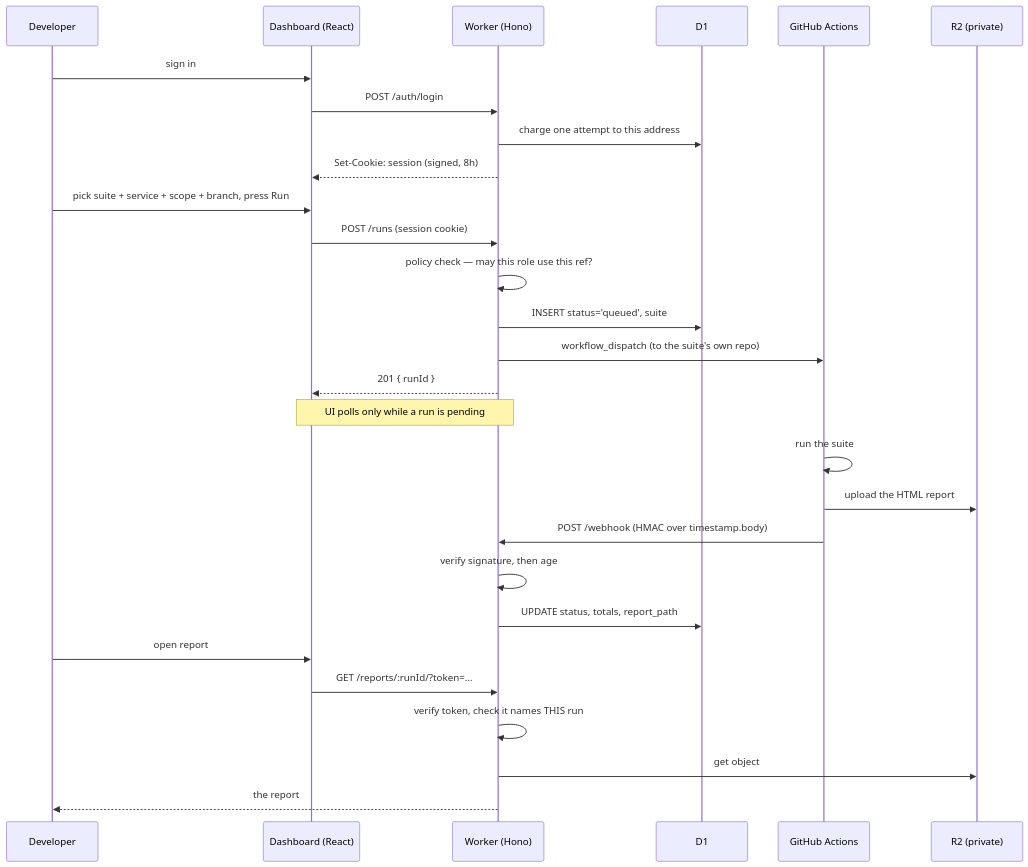
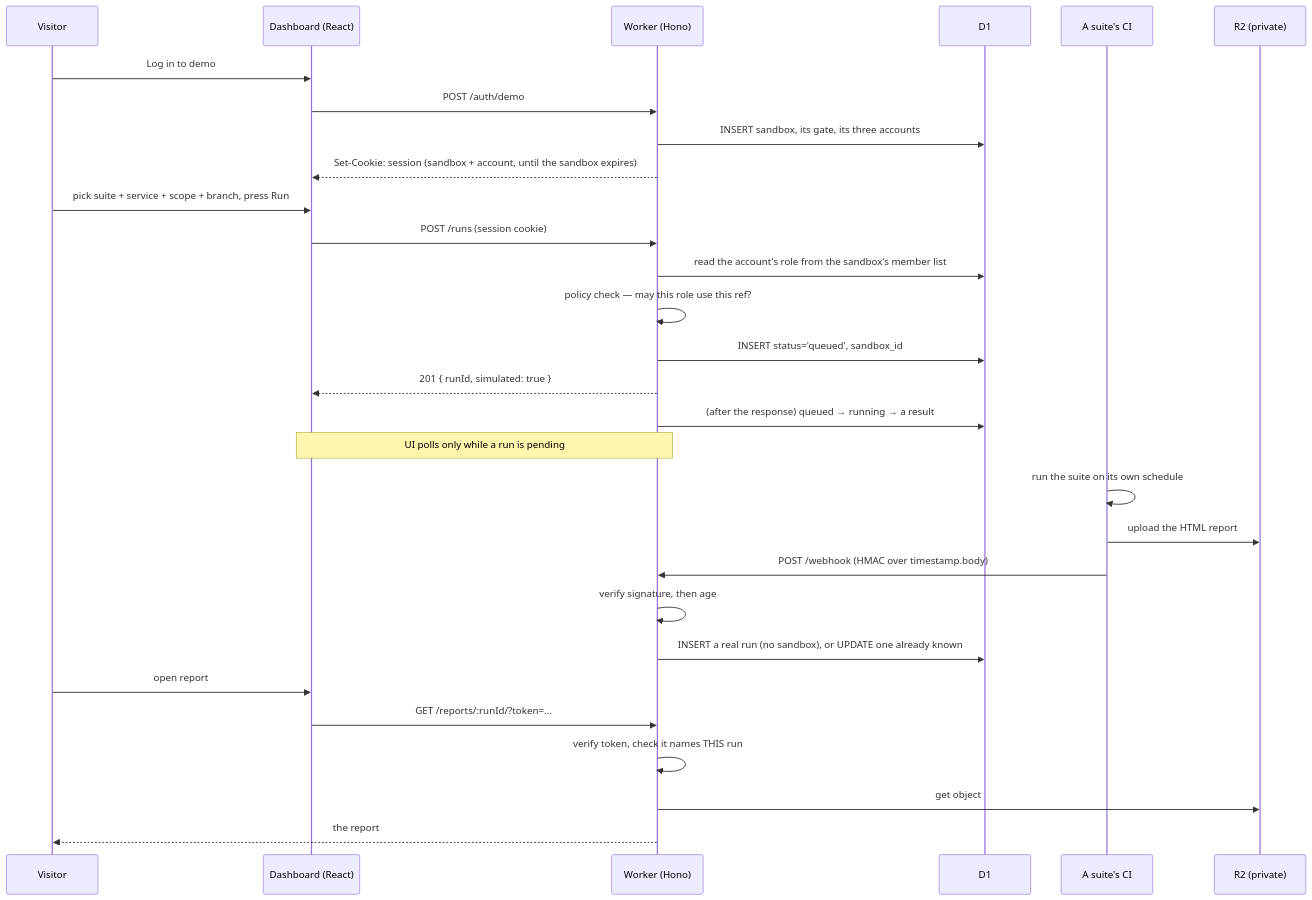
The diagram in docs/architecture.md (surakiartysk/playwright-run-dashboard), drawn with Mermaid before and after one commit. The commit also changed other lines of this file and 13 other files, not shown here.

````diff
--- a/docs/architecture.md
+++ b/docs/architecture.md
@@ -8,35 +12,36 @@
 ```mermaid
 sequenceDiagram
-    participant D as Developer
+    participant V as Visitor
     participant UI as Dashboard (React)
     participant W as Worker (Hono)
     participant DB as D1
-    participant GH as GitHub Actions
+    participant GH as A suite's CI
     participant R2 as R2 (private)
 
-    D->>UI: sign in
-    UI->>W: POST /auth/login
-    W->>DB: charge one attempt to this address
-    W-->>UI: Set-Cookie: session (signed, 8h)
+    V->>UI: Log in to demo
+    UI->>W: POST /auth/demo
+    W->>DB: INSERT sandbox, its gate, its three accounts
+    W-->>UI: Set-Cookie: session (sandbox + account, until the sandbox expires)
 
-    D->>UI: pick suite + service + scope + branch, press Run
+    V->>UI: pick suite + service + scope + branch, press Run
     UI->>W: POST /runs  (session cookie)
+    W->>DB: read the account's role from the sandbox's member list
     W->>W: policy check — may this role use this ref?
-    W->>DB: INSERT status='queued', suite
-    W->>GH: workflow_dispatch (to the suite's own repo)
-    W-->>UI: 201 { runId }
+    W->>DB: INSERT status='queued', sandbox_id
+    W-->>UI: 201 { runId, simulated: true }
+    W->>DB: (after the response) queued → running → a result
 
     Note over UI,W: UI polls only while a run is pending
 
-    GH->>GH: run the suite
+    GH->>GH: run the suite on its own schedule
     GH->>R2: upload the HTML report
     GH->>W: POST /webhook (HMAC over timestamp.body)
     W->>W: verify signature, then age
-    W->>DB: UPDATE status, totals, report_path
+    W->>DB: INSERT a real run (no sandbox), or UPDATE one already known
 
-    D->>UI: open report
+    V->>UI: open report
     UI->>W: GET /reports/:runId/?token=…
     W->>W: verify token, check it names THIS run
     W->>R2: get object
-    W-->>D: the report
+    W-->>V: the report
 ```
````
